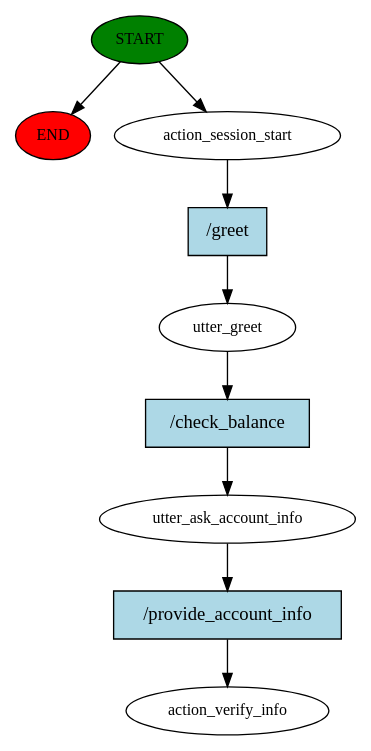
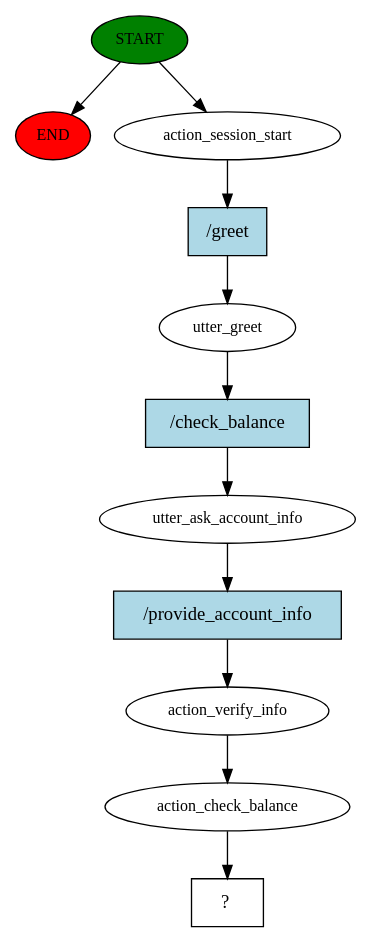
One commit to ShankalpaPokharel/Project-With-Rasa changed the diagram in balancebot/story_graph.dot. Above: the diagram before and after it, drawn with Graphviz. The commit also changed 10 other files, not shown here.

```diff
--- a/balancebot/story_graph.dot
+++ b/balancebot/story_graph.dot
@@ -1,19 +1,23 @@
 digraph  {
 0 [class="start active", fillcolor=green, fontsize=12, label=START, style=filled];
 "-1" [class=end, fillcolor=red, fontsize=12, label=END, style=filled];
 1 [class=active, fontsize=12, label=action_session_start];
 2 [class=active, fontsize=12, label=utter_greet];
 3 [class=active, fontsize=12, label=utter_ask_account_info];
-4 [class="dashed active", fontsize=12, label=action_verify_info];
-5 [class="intent active", fillcolor=lightblue, label="/greet", shape=rect, style=filled];
-6 [class="intent active", fillcolor=lightblue, label="/check_balance", shape=rect, style=filled];
-7 [class="intent active", fillcolor=lightblue, label="/provide_account_info", shape=rect, style=filled];
+4 [class=active, fontsize=12, label=action_verify_info];
+5 [class=active, fontsize=12, label=action_check_balance];
+6 [class="intent dashed active", label="  ?  ", shape=rect];
+7 [class="intent active", fillcolor=lightblue, label="/greet", shape=rect, style=filled];
+8 [class="intent active", fillcolor=lightblue, label="/check_balance", shape=rect, style=filled];
+9 [class="intent active", fillcolor=lightblue, label="/provide_account_info", shape=rect, style=filled];
 0 -> "-1"  [class="", key=NONE, label=""];
 0 -> 1  [class=active, key=NONE, label=""];
-1 -> 5  [class=active, key=0];
-2 -> 6  [class=active, key=0];
-3 -> 7  [class=active, key=0];
-5 -> 2  [class=active, key=0];
-6 -> 3  [class=active, key=0];
-7 -> 4  [class=active, key=0];
+1 -> 7  [class=active, key=0];
+2 -> 8  [class=active, key=0];
+3 -> 9  [class=active, key=0];
+4 -> 5  [class=active, key=NONE, label=""];
+5 -> 6  [class=active, key=NONE, label=""];
+7 -> 2  [class=active, key=0];
+8 -> 3  [class=active, key=0];
+9 -> 4  [class=active, key=0];
 }
```
